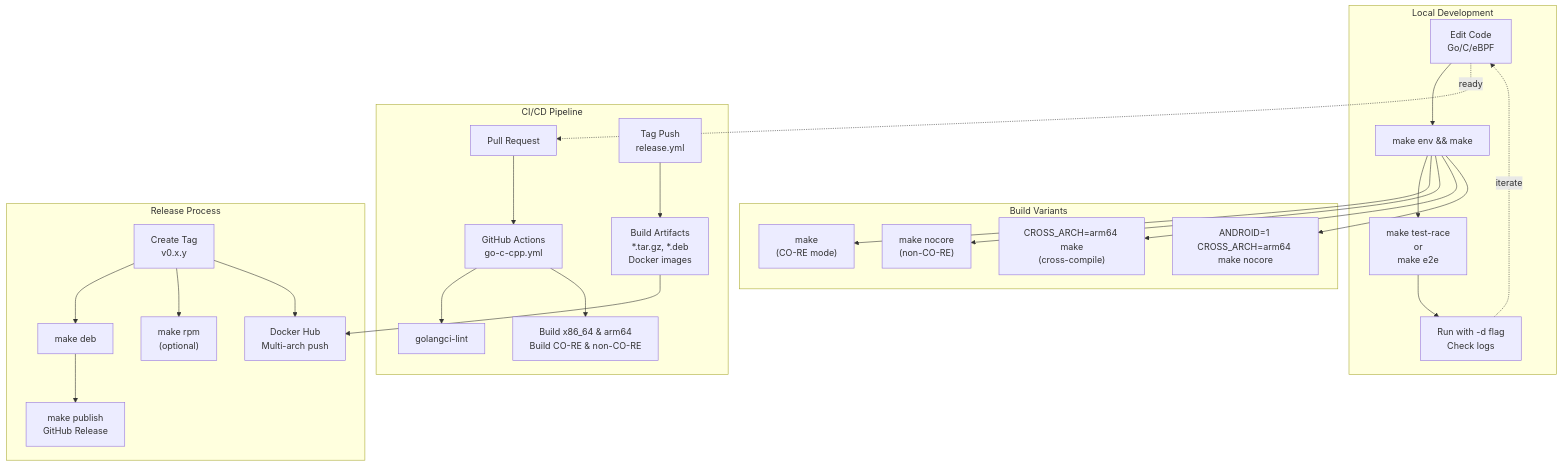
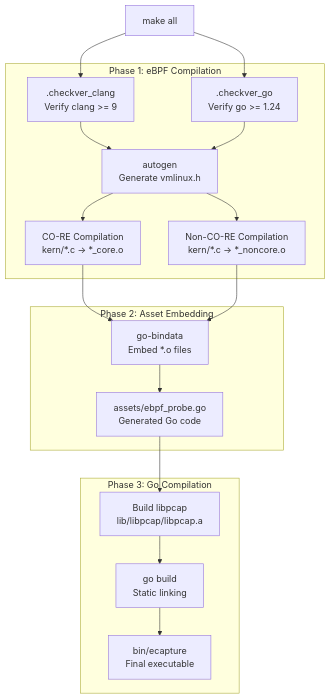
The second of 5 diagrams in src/en/5-development-guide/index.md (gojue/ecapture.cc), drawn with Mermaid before and after one commit. The commit also changed other lines of this file and 115 other files, not shown here.

````diff
--- a/src/en/5-development-guide/index.md
+++ b/src/en/5-development-guide/index.md
@@ -309,56 +119,41 @@
 ```mermaid
 graph TB
-    subgraph "Local Development"
-        EDIT["Edit Code<br/>Go/C/eBPF"]
-        COMPILE["make env && make"]
-        TEST["make test-race<br/>or<br/>make e2e"]
-        DEBUG["Run with -d flag<br/>Check logs"]
+    Start[make all]
+    
+    subgraph "Phase 1: eBPF Compilation"
+        AutoGen[autogen<br/>Generate vmlinux.h]
+        CheckClang[.checkver_clang<br/>Verify clang >= 9]
+        CheckGo[.checkver_go<br/>Verify go >= 1.24]
         
-        EDIT --> COMPILE
-        COMPILE --> TEST
-        TEST --> DEBUG
-        DEBUG -.->|"iterate"| EDIT
+        CoreCompile[CO-RE Compilation<br/>kern/*.c → *_core.o]
+        NonCoreCompile[Non-CO-RE Compilation<br/>kern/*.c → *_noncore.o]
     end
     
-    subgraph "Build Variants"
-        CORE["make<br/>(CO-RE mode)"]
-        NONCORE["make nocore<br/>(non-CO-RE)"]
-        CROSS["CROSS_ARCH=arm64 make<br/>(cross-compile)"]
-        ANDROID["ANDROID=1 CROSS_ARCH=arm64 make nocore"]
-        
-        COMPILE --> CORE
-        COMPILE --> NONCORE
-        COMPILE --> CROSS
-        COMPILE --> ANDROID
+    subgraph "Phase 2: Asset Embedding"
+        Bindata[go-bindata<br/>Embed *.o files]
+        AssetsGo[assets/ebpf_probe.go<br/>Generated Go code]
     end
     
-    subgraph "CI/CD Pipeline"
-        PR["Pull Request"]
-        CITEST["GitHub Actions<br/>go-c-cpp.yml"]
-        LINT["golangci-lint"]
-        MULTIARCH["Build x86_64 & arm64<br/>Build CO-RE & non-CO-RE"]
-        RELEASE["Tag Push<br/>release.yml"]
-        ARTIFACTS["Build Artifacts<br/>*.tar.gz, *.deb<br/>Docker images"]
-        
-        PR --> CITEST
-        CITEST --> LINT
-        CITEST --> MULTIARCH
-        RELEASE --> ARTIFACTS
+    subgraph "Phase 3: Go Compilation"
+        LibPcap[Build libpcap<br/>lib/libpcap/libpcap.a]
+        GoBuild[go build<br/>Static linking]
+        Binary[bin/ecapture<br/>Final executable]
     end
     
-    subgraph "Release Process"
-        TAG["Create Tag<br/>v0.x.y"]
-        BUILDRPM["make rpm<br/>(optional)"]
-        BUILDDEB["make deb"]
-        PUBLISH["make publish<br/>GitHub Release"]
-        DOCKER["Docker Hub<br/>Multi-arch push"]
-        
-        TAG --> BUILDDEB
-        TAG --> BUILDRPM
-        TAG --> DOCKER
-        BUILDDEB --> PUBLISH
-    end
+    Start --> CheckClang
+    Start --> CheckGo
+    CheckClang --> AutoGen
+    CheckGo --> AutoGen
     
-    EDIT -.->|"ready"| PR
-    ARTIFACTS --> DOCKER
+    AutoGen --> CoreCompile
+    AutoGen --> NonCoreCompile
+    
+    CoreCompile --> Bindata
+    NonCoreCompile --> Bindata
+    
+    Bindata --> AssetsGo
+    
+    AssetsGo --> LibPcap
+    LibPcap --> GoBuild
+    GoBuild --> Binary
 ```
````
